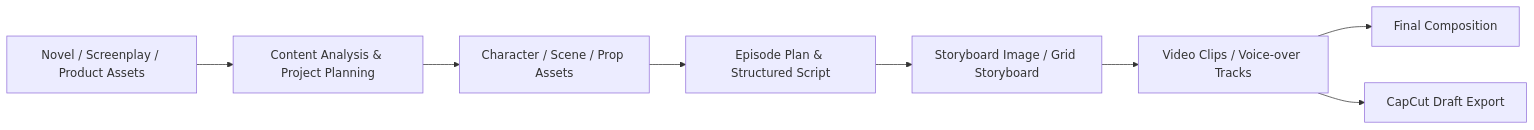
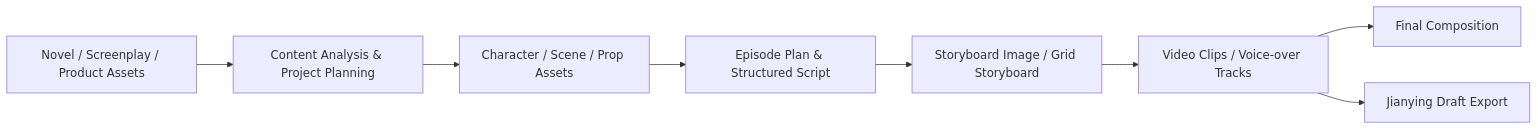
The diagram in README.en.md (ArcReel/ArcReel), drawn with Mermaid before and after one commit. The commit also changed other lines of this file and 9 other files, not shown here.

Commit message:
docs(website): 明确剪映与 CapCut 的产品边界

````diff
--- a/README.en.md
+++ b/README.en.md
@@ -58,10 +58,10 @@
 ```mermaid
 flowchart LR
     A["Novel / Screenplay / Product Assets"] --> B["Content Analysis & Project Planning"]
     B --> C["Character / Scene / Prop Assets"]
     C --> D["Episode Plan & Structured Script"]
     D --> E["Storyboard Image / Grid Storyboard"]
     E --> F["Video Clips / Voice-over Tracks"]
     F --> G["Final Composition"]
-    F --> H["CapCut Draft Export"]
+    F --> H["Jianying Draft Export"]
 ```
````
